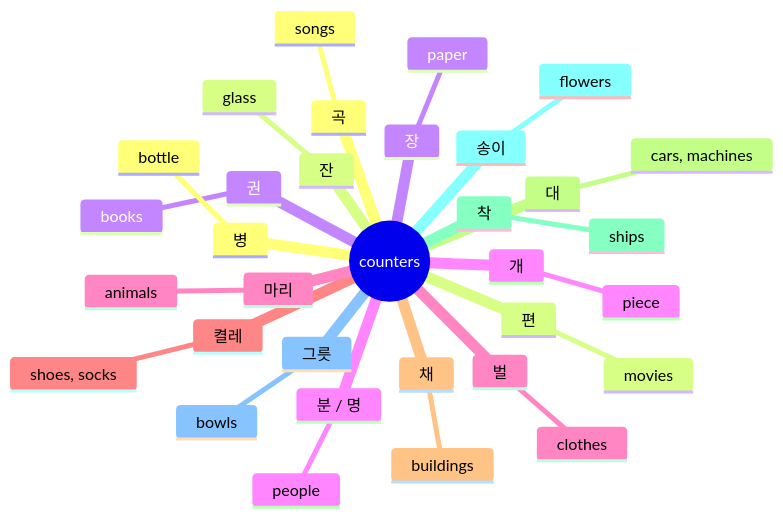
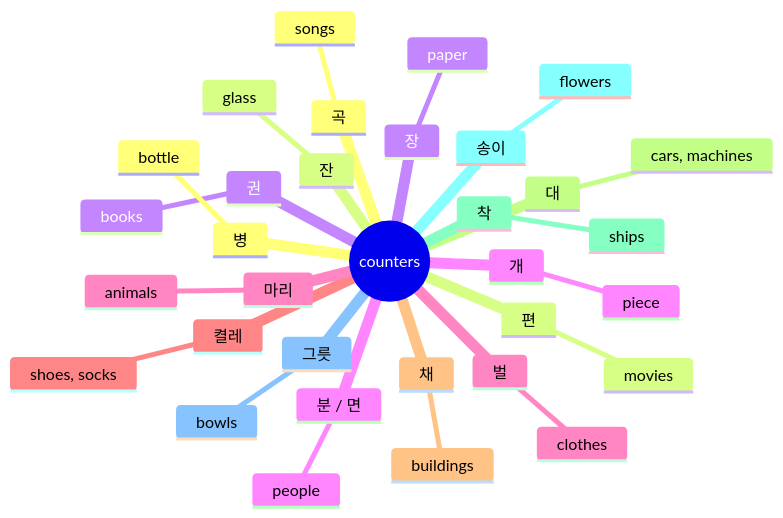
Before and after one commit to MiaHub/Korean: the diagram in _posts/2022-12-03-measure.md, drawn with Mermaid. The commit also changed other lines of this file and 3 other files, not shown here.

```diff
--- a/_posts/2022-12-03-measure.md
+++ b/_posts/2022-12-03-measure.md
@@ -6,36 +6,36 @@
 <pre class="mermaid">
 mindmap
   root((counters))
     곡
       songs
     편
       movies
     권  
       books
     개  
       piece  
     벌
       clothes
     켤레
       shoes, socks  
     채
       buildings
     대
       cars, machines
     착
       ships
     송이
       flowers
     그릇
       bowls
     병  
       bottle
     잔  
       glass 
     장  
       paper
-    분 / 명
+    분 / 면
       people
     마리
       animals    
 </pre>
```
